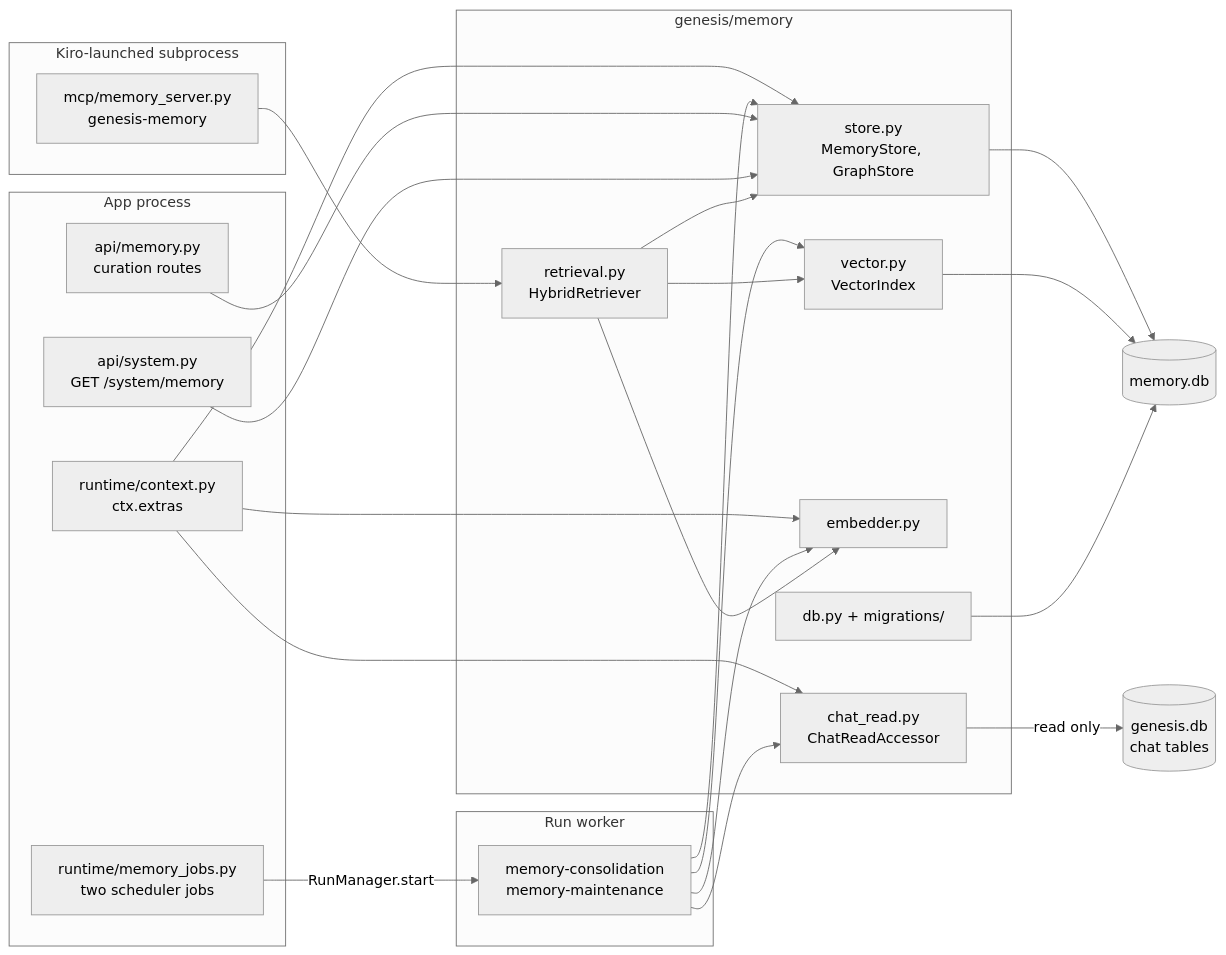
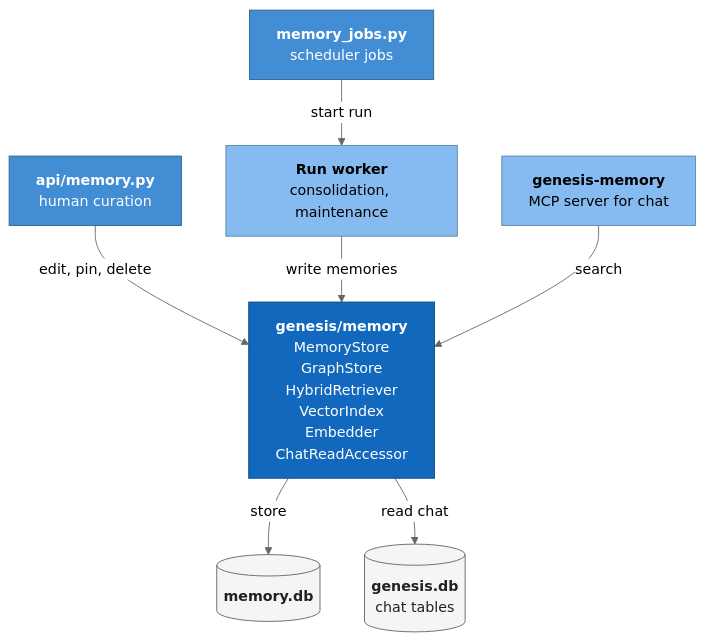
Before and after one commit to ram-020998/project-tracker: the first of 3 diagrams in genesis/architecture/modules/memory.md, drawn with Mermaid (neutral theme). The commit also changed other lines of this file and 24 other files, not shown here.

First line of the commit message:
architecture: rewrite all 86 Mermaid diagrams to one C4 style, each render-checked

````diff
--- a/genesis/architecture/modules/memory.md
+++ b/genesis/architecture/modules/memory.md
@@ -67,36 +67,24 @@
 ```mermaid
-flowchart LR
-    subgraph app["App process"]
-        api["api/memory.py<br/>curation routes"]
-        sys["api/system.py<br/>GET /system/memory"]
-        jobs["runtime/memory_jobs.py<br/>two scheduler jobs"]
-        ctx["runtime/context.py<br/>ctx.extras"]
-    end
-    subgraph mem["genesis/memory"]
-        store["store.py<br/>MemoryStore, GraphStore"]
-        retr["retrieval.py<br/>HybridRetriever"]
-        vec["vector.py<br/>VectorIndex"]
-        emb["embedder.py"]
-        cr["chat_read.py<br/>ChatReadAccessor"]
-        mdb["db.py + migrations/"]
-    end
-    subgraph worker["Run worker"]
-        wf["memory-consolidation<br/>memory-maintenance"]
-    end
-    subgraph mcp["Kiro-launched subprocess"]
-        srv["mcp/memory_server.py<br/>genesis-memory"]
-    end
-    memdb[("memory.db")]
-    gdb[("genesis.db<br/>chat tables")]
+flowchart TB
+    api["<b>api/memory.py</b><br/>human curation"]:::comp
+    jobs["<b>memory_jobs.py</b><br/>scheduler jobs"]:::comp
+    srv["<b>genesis-memory</b><br/>MCP server for chat"]:::proc
+    wf["<b>Run worker</b><br/>consolidation, maintenance"]:::proc
 
-    jobs -->|"RunManager.start"| wf
-    ctx --> store & cr & emb
-    wf --> store & cr & emb & vec
-    api --> store
-    sys --> store
-    srv --> retr --> store & vec & emb
-    store --> memdb
-    vec --> memdb
-    mdb --> memdb
-    cr -->|"read only"| gdb
+    lib["<b>genesis/memory</b><br/>MemoryStore<br/>GraphStore<br/>HybridRetriever<br/>VectorIndex<br/>Embedder<br/>ChatReadAccessor"]:::core
+
+    memdb[("<b>memory.db</b>")]:::data
+    gdb[("<b>genesis.db</b><br/>chat tables")]:::data
+
+    jobs -- "start run" --> wf
+    api -- "edit, pin, delete" --> lib
+    wf -- "write memories" --> lib
+    srv -- "search" --> lib
+    lib -- "store" --> memdb
+    lib -- "read chat" --> gdb
+
+    classDef core fill:#1168bd,stroke:#0b4884,color:#ffffff
+    classDef comp fill:#438dd5,stroke:#2e6295,color:#ffffff
+    classDef proc fill:#85bbf0,stroke:#5d82a8,color:#000000
+    classDef data fill:#f5f5f5,stroke:#616161,color:#212121
 ```
````
